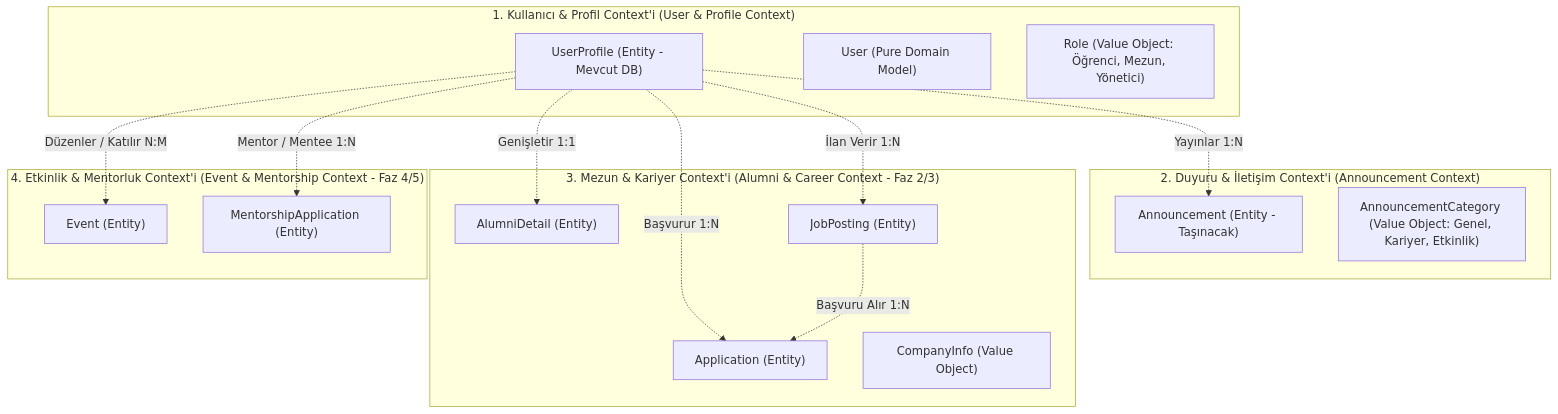
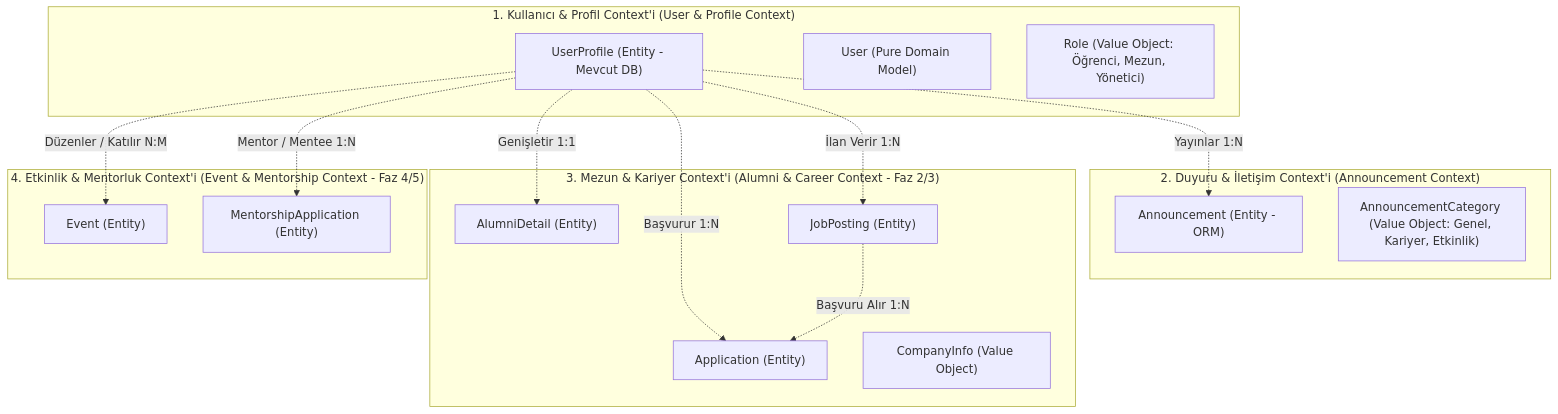
One commit to BahaBadem/alumni changed the first of 3 diagrams in ddd.md. Above: the diagram before and after it, drawn with Mermaid. The commit also changed other lines of this file and 18 other files, not shown here.

````diff
--- a/ddd.md
+++ b/ddd.md
@@ -143,33 +144,33 @@
 ```mermaid
 flowchart TB
     subgraph Context1 ["1. Kullanıcı & Profil Context'i (User & Profile Context)"]
         UserProfile["UserProfile (Entity - Mevcut DB)"]
         UserDomain["User (Pure Domain Model)"]
         Role["Role (Value Object: Öğrenci, Mezun, Yönetici)"]
     end
 
     subgraph Context2 ["2. Duyuru & İletişim Context'i (Announcement Context)"]
-        Announcement["Announcement (Entity - Taşınacak)"]
+        Announcement["Announcement (Entity - ORM)"]
         Category["AnnouncementCategory (Value Object: Genel, Kariyer, Etkinlik)"]
     end
 
     subgraph Context3 ["3. Mezun & Kariyer Context'i (Alumni & Career Context - Faz 2/3)"]
         AlumniDetail["AlumniDetail (Entity)"]
         JobPosting["JobPosting (Entity)"]
         Application["Application (Entity)"]
         Company["CompanyInfo (Value Object)"]
     end
 
     subgraph Context4 ["4. Etkinlik & Mentorluk Context'i (Event & Mentorship Context - Faz 4/5)"]
         Event["Event (Entity)"]
         Mentorship["MentorshipApplication (Entity)"]
     end
 
     UserProfile -.->|Genişletir 1:1| AlumniDetail
     UserProfile -.->|Yayınlar 1:N| Announcement
     UserProfile -.->|İlan Verir 1:N| JobPosting
     UserProfile -.->|Başvurur 1:N| Application
     JobPosting -.->|Başvuru Alır 1:N| Application
     UserProfile -.->|Düzenler / Katılır N:M| Event
     UserProfile -.->|Mentor / Mentee 1:N| Mentorship
 ```
````
